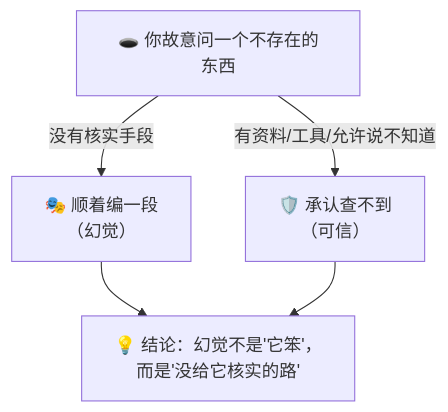
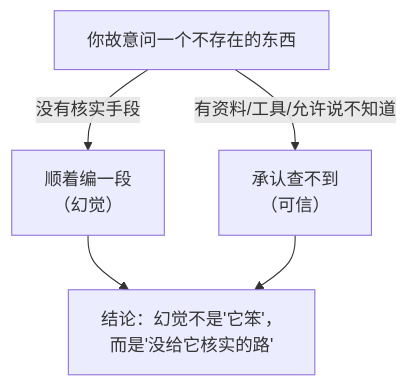
One commit to luckykhy/KhyAiHub changed the third of 3 diagrams in docs/02_CONCEPTS_概念入门/CONCEPT/[CONCEPT-31] 什么是幻觉-Hallucination.md. Above: the diagram before and after it, drawn with Mermaid. The commit also changed other lines of this file and 19 other files, not shown here.

````diff
--- a/docs/02_CONCEPTS_概念入门/CONCEPT/[CONCEPT-31] 什么是幻觉-Hallucination.md
+++ b/docs/02_CONCEPTS_概念入门/CONCEPT/[CONCEPT-31] 什么是幻觉-Hallucination.md
@@ -216,8 +216,8 @@
 ```mermaid
 flowchart TB
-  TRAP["🕳️ 你故意问一个不存在的东西"]
-  TRAP -->|"没有核实手段"| A["🎭 顺着编一段<br/>（幻觉）"]
-  TRAP -->|"有资料/工具/允许说不知道"| B["🛡️ 承认查不到<br/>（可信）"]
-  A --> LESSON["💡 结论：幻觉不是'它笨'，<br/>而是'没给它核实的路'"]
+  TRAP["你故意问一个不存在的东西"]
+  TRAP -->|"没有核实手段"| A["顺着编一段<br/>（幻觉）"]
+  TRAP -->|"有资料/工具/允许说不知道"| B["承认查不到<br/>（可信）"]
+  A --> LESSON["结论：幻觉不是'它笨'，<br/>而是'没给它核实的路'"]
   B --> LESSON
 ```
````
